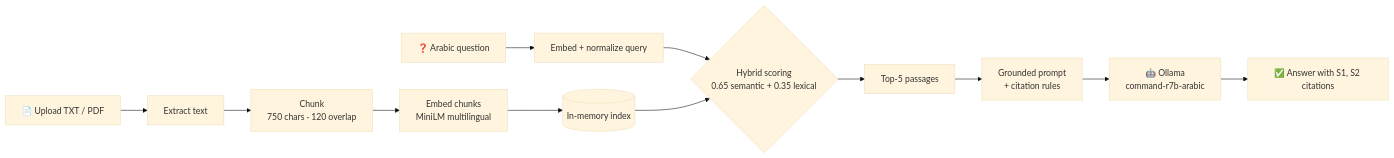
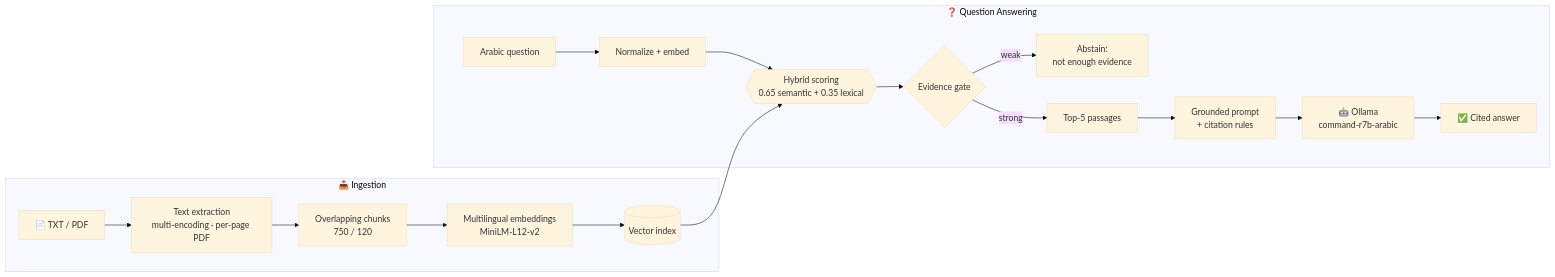
The diagram in README.md (ahmadalfrehat/smart-rag-assistant), drawn with Mermaid (base theme) before and after one commit. The commit also changed other lines of this file, not shown here.

````diff
--- a/README.md
+++ b/README.md
@@ -55,15 +106,21 @@
 ```mermaid
 flowchart LR
-    A[📄 Upload TXT / PDF] --> B[Extract text]
-    B --> C[Chunk<br/>750 chars · 120 overlap]
-    C --> D[Embed chunks<br/>MiniLM multilingual]
-    D --> E[(In-memory index)]
+    subgraph IN [" 📥 Ingestion "]
+        A[📄 TXT / PDF] --> B[Text extraction<br/>multi-encoding · per-page PDF]
+        B --> C[Overlapping chunks<br/>750 / 120]
+        C --> D[Multilingual embeddings<br/>MiniLM-L12-v2]
+        D --> E[(Vector index)]
+    end
 
-    Q[❓ Arabic question] --> F[Embed + normalize query]
-    F --> G{Hybrid scoring<br/>0.65 semantic + 0.35 lexical}
-    E --> G
-    G --> H[Top-5 passages]
-    H --> I[Grounded prompt<br/>+ citation rules]
-    I --> J[🤖 Ollama<br/>command-r7b-arabic]
-    J --> K[✅ Answer with S1, S2 citations]
+    subgraph QA [" ❓ Question Answering "]
+        Q[Arabic question] --> N[Normalize + embed]
+        N --> H{{"Hybrid scoring<br/>0.65 semantic + 0.35 lexical"}}
+        E --> H
+        H --> G{Evidence gate}
+        G -- weak --> X[Abstain:<br/>not enough evidence]
+        G -- strong --> T[Top-5 passages]
+        T --> P[Grounded prompt<br/>+ citation rules]
+        P --> L[🤖 Ollama<br/>command-r7b-arabic]
+        L --> R[✅ Cited answer]
+    end
 ```
````
